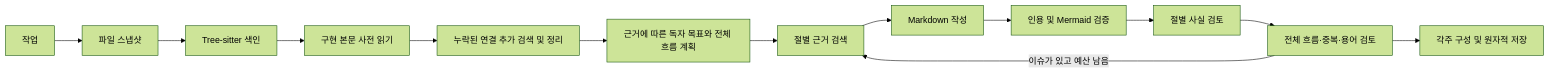
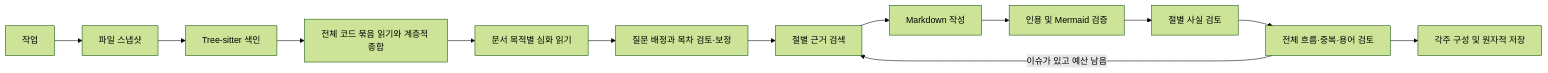
One commit to letspurify-ux/DocCraftAgent changed the diagram in docs/architecture.md. Above: the diagram before and after it, drawn with Mermaid (forest theme). The commit also changed other lines of this file and 22 other files, not shown here.

````diff
--- a/docs/architecture.md
+++ b/docs/architecture.md
@@ -7,15 +7,15 @@
 ```mermaid
 flowchart LR
  A[작업] --> B[파일 스냅샷]
  B --> C[Tree-sitter 색인]
- C --> C1[구현 본문 사전 읽기]
- C1 --> C2[누락된 연결 추가 검색 및 정리]
- C2 --> D[근거에 따른 독자 목표와 전체 흐름 계획]
+ C --> C1[전체 코드 묶음 읽기와 계층적 종합]
+ C1 --> C2[문서 목적별 심화 읽기]
+ C2 --> D[질문 배정과 목차 검토·보정]
  D --> E[절별 근거 검색]
  E --> F[Markdown 작성]
  F --> G[인용 및 Mermaid 검증]
  G --> H[절별 사실 검토]
  H --> J[전체 흐름·중복·용어 검토]
  J -->|이슈가 있고 예산 남음| E
  J --> I[각주 구성 및 원자적 저장]
 ```
````
